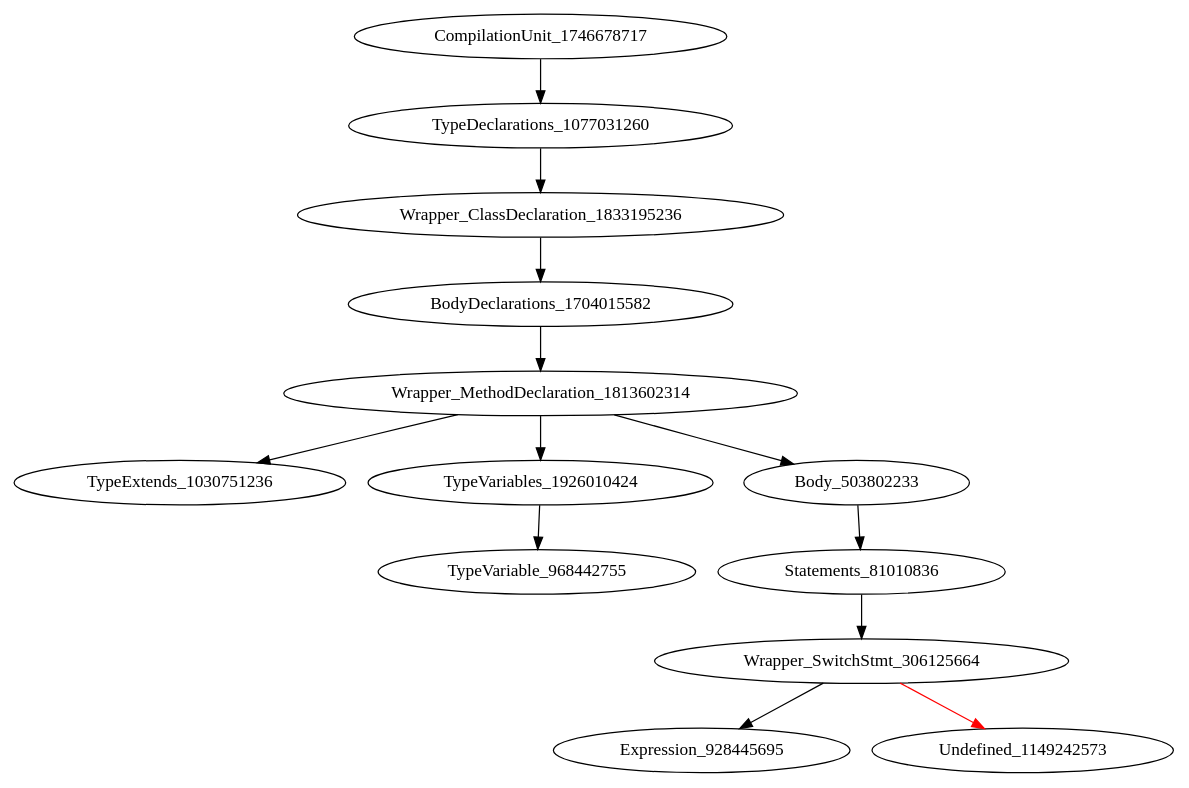
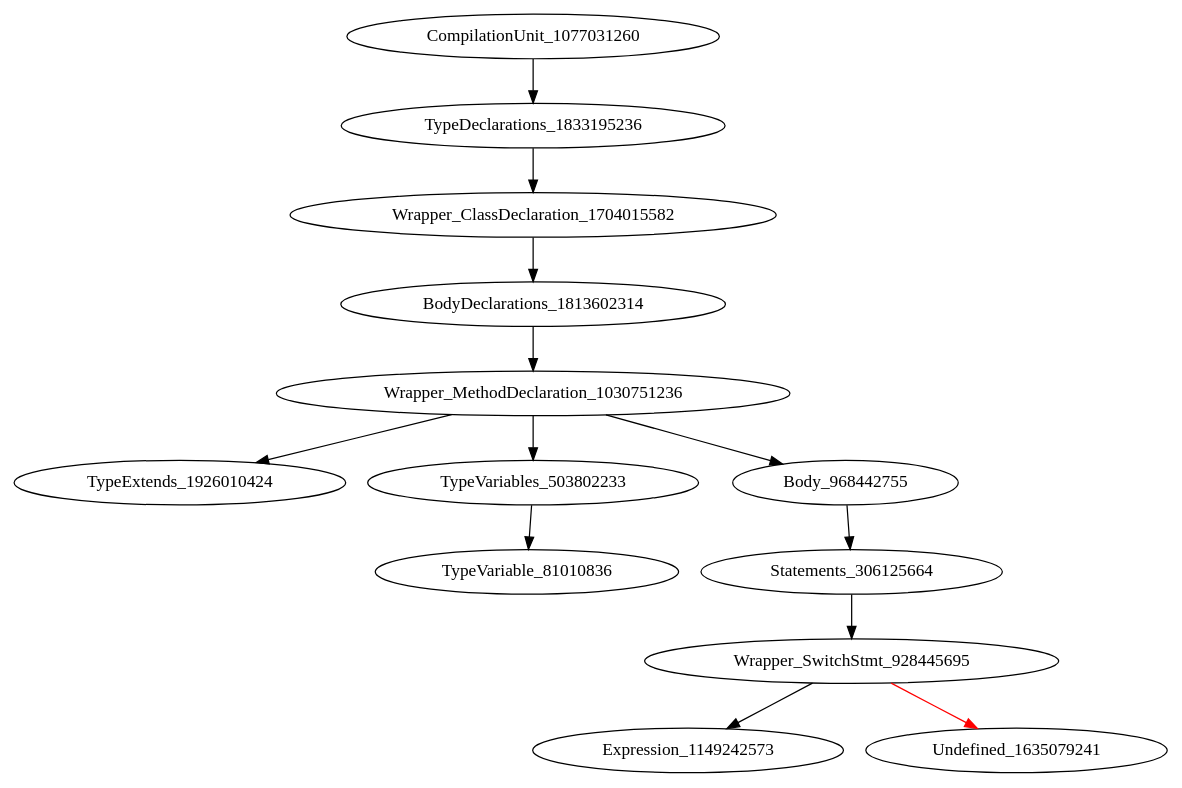
The diagram in holeAST.dot (icse2023material/VoiceJava), drawn with Graphviz before and after one commit. The commit also changed 8 other files, not shown here.

```diff
--- a/holeAST.dot
+++ b/holeAST.dot
@@ -1,14 +1,14 @@
 digraph {
-CompilationUnit_1746678717 -> TypeDeclarations_1077031260
-TypeDeclarations_1077031260 -> Wrapper_ClassDeclaration_1833195236
-Wrapper_ClassDeclaration_1833195236 -> BodyDeclarations_1704015582
-BodyDeclarations_1704015582 -> Wrapper_MethodDeclaration_1813602314
-Wrapper_MethodDeclaration_1813602314 -> TypeExtends_1030751236
-Wrapper_MethodDeclaration_1813602314 -> TypeVariables_1926010424
-Wrapper_MethodDeclaration_1813602314 -> Body_503802233
-TypeVariables_1926010424 -> TypeVariable_968442755
-Body_503802233 -> Statements_81010836
-Statements_81010836 -> Wrapper_SwitchStmt_306125664
-Wrapper_SwitchStmt_306125664 -> Expression_928445695
-Wrapper_SwitchStmt_306125664 -> Undefined_1149242573 [color = red] 
+CompilationUnit_1077031260 -> TypeDeclarations_1833195236
+TypeDeclarations_1833195236 -> Wrapper_ClassDeclaration_1704015582
+Wrapper_ClassDeclaration_1704015582 -> BodyDeclarations_1813602314
+BodyDeclarations_1813602314 -> Wrapper_MethodDeclaration_1030751236
+Wrapper_MethodDeclaration_1030751236 -> TypeExtends_1926010424
+Wrapper_MethodDeclaration_1030751236 -> TypeVariables_503802233
+Wrapper_MethodDeclaration_1030751236 -> Body_968442755
+TypeVariables_503802233 -> TypeVariable_81010836
+Body_968442755 -> Statements_306125664
+Statements_306125664 -> Wrapper_SwitchStmt_928445695
+Wrapper_SwitchStmt_928445695 -> Expression_1149242573
+Wrapper_SwitchStmt_928445695 -> Undefined_1635079241 [color = red] 
 }
```
